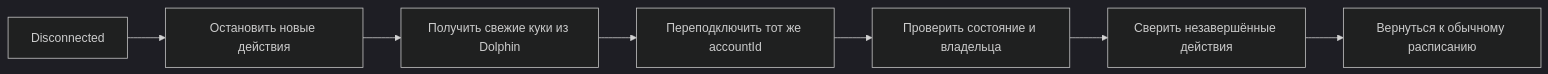
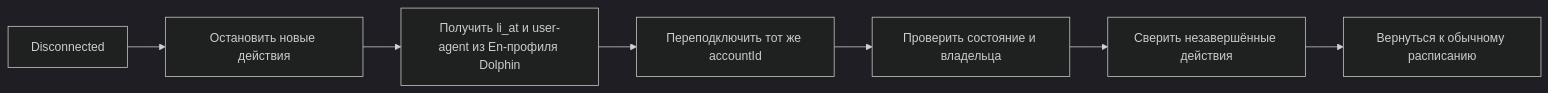
Before and after one commit to Kira2K/unicorn-autoresponder: the diagram in src/features/linkedin-automation/account-connection/docs/ACCOUNT_LIFECYCLE.md, drawn with Mermaid (dark theme). The commit also changed other lines of this file and 5 other files, not shown here.

Commit message:
docs(linkedin): finalize session auth architecture

````diff
--- a/src/features/linkedin-automation/account-connection/docs/ACCOUNT_LIFECYCLE.md
+++ b/src/features/linkedin-automation/account-connection/docs/ACCOUNT_LIFECYCLE.md
@@ -15,9 +15,9 @@
 ```mermaid
 flowchart LR
     D["Disconnected"] --> P["Остановить новые действия"]
-    P --> C["Получить свежие куки из Dolphin"]
+    P --> C["Получить li_at и user-agent из En-профиля Dolphin"]
     C --> R["Переподключить тот же accountId"]
     R --> V["Проверить состояние и владельца"]
     V --> Q["Сверить незавершённые действия"]
     Q --> N["Вернуться к обычному расписанию"]
 ```
````
